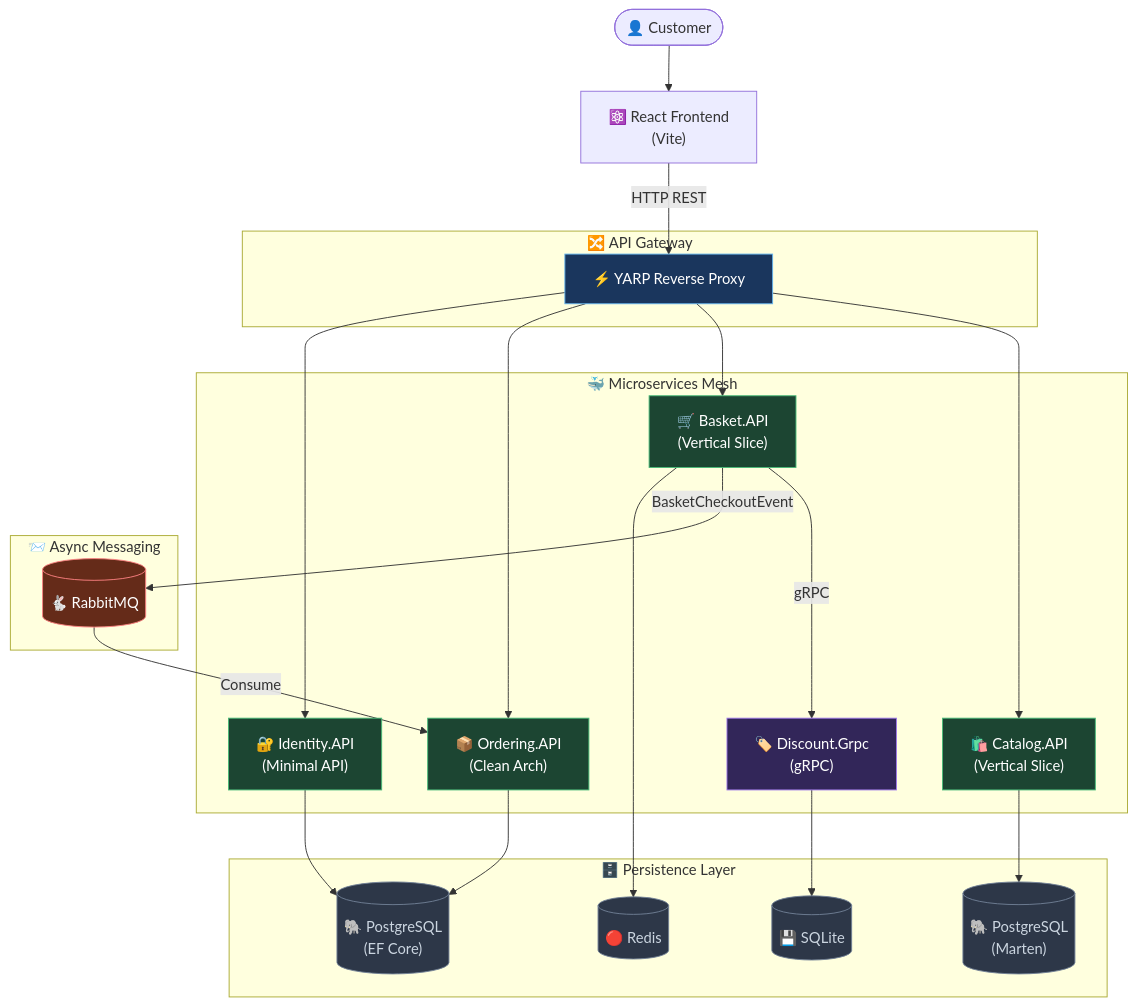
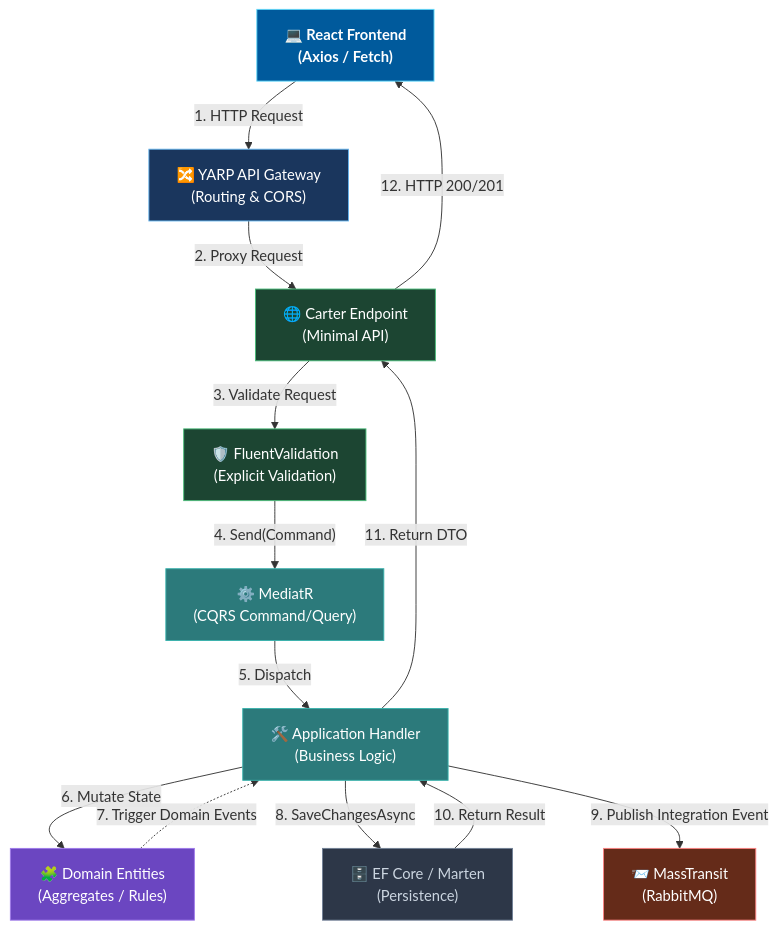
Before and after one commit to AhmedAbdo1612/ECommerce-DDD-Microservices: the diagram in README.md, drawn with Mermaid. The commit also changed other lines of this file, not shown here.

Commit message:
docs: add advanced architecture breakdown and diagrams

````diff
--- a/README.md
+++ b/README.md
@@ -63,54 +55,44 @@
 ```mermaid
-graph TB
-    User(["👤 Customer"])
-    WebApp["⚛️ React Frontend\n(Vite)"]
+graph TD
+    %% Define Nodes
+    Client["💻 React Frontend\n(Axios / Fetch)"]
+    Gateway["🔀 YARP API Gateway\n(Routing & CORS)"]
+    API["🌐 Carter Endpoint\n(Minimal API)"]
+    Val["🛡️ FluentValidation\n(Explicit Validation)"]
+    MediatR["⚙️ MediatR\n(CQRS Command/Query)"]
+    Handler["🛠️ Application Handler\n(Business Logic)"]
+    Domain["🧩 Domain Entities\n(Aggregates / Rules)"]
+    DB["🗄️ EF Core / Marten\n(Persistence)"]
+    MQ["📨 MassTransit\n(RabbitMQ)"]
 
-    subgraph Gateway["🔀 API Gateway"]
-        YARP["⚡ YARP Reverse Proxy"]
-    end
+    %% Connect Flow
+    Client -->|"1. HTTP Request"| Gateway
+    Gateway -->|"2. Proxy Request"| API
+    API -->|"3. Validate Request"| Val
+    Val -->|"4. Send(Command)"| MediatR
+    MediatR -->|"5. Dispatch"| Handler
+    Handler -->|"6. Mutate State"| Domain
+    Domain -.->|"7. Trigger Domain Events"| Handler
+    Handler -->|"8. SaveChangesAsync"| DB
+    Handler -->|"9. Publish Integration Event"| MQ
+    DB -->|"10. Return Result"| Handler
+    Handler -->|"11. Return DTO"| API
+    API -->|"12. HTTP 200/201"| Client
 
-    subgraph Services["🐳 Microservices Mesh"]
-        CatalogAPI["🛍️ Catalog.API\n(Vertical Slice)"]
-        BasketAPI["🛒 Basket.API\n(Vertical Slice)"]
-        OrderingAPI["📦 Ordering.API\n(Clean Arch)"]
-        IdentityAPI["🔐 Identity.API\n(Minimal API)"]
-        DiscountGrpc["🏷️ Discount.Grpc\n(gRPC)"]
-    end
+    %% Styling
+    classDef client fill:#005A9C,stroke:#61DAFB,color:#fff,font-weight:bold
+    classDef gateway fill:#1A365D,stroke:#63B3ED,color:#fff
+    classDef api fill:#1C4532,stroke:#48BB78,color:#fff
+    classDef logic fill:#2C7A7B,stroke:#38B2AC,color:#fff
+    classDef domain fill:#6B46C1,stroke:#9F7AEA,color:#fff
+    classDef infra fill:#2D3748,stroke:#718096,color:#CBD5E0
+    classDef mq fill:#652B19,stroke:#FC8181,color:#fff
 
-    subgraph Messaging["📨 Async Messaging"]
-        RabbitMQ[("🐇 RabbitMQ")]
-    end
-
-    subgraph Databases["🗄️ Persistence Layer"]
-        PG_Doc[("🐘 PostgreSQL\n(Marten)")]
-        PG_Rel[("🐘 PostgreSQL\n(EF Core)")]
-        Redis[("🔴 Redis")]
-        SQLite[("💾 SQLite")]
-    end
-
-    User --> WebApp
-    WebApp -->|"HTTP REST"| YARP
-    YARP --> CatalogAPI & BasketAPI & OrderingAPI & IdentityAPI
-    
-    BasketAPI -->|"gRPC"| DiscountGrpc
-    BasketAPI -->|"BasketCheckoutEvent"| RabbitMQ
-    RabbitMQ -->|"Consume"| OrderingAPI
-    
-    CatalogAPI --> PG_Doc
-    BasketAPI --> Redis
-    OrderingAPI --> PG_Rel
-    IdentityAPI --> PG_Rel
-    DiscountGrpc --> SQLite
-
-    classDef gateway fill:#1A365D,stroke:#63B3ED,color:#fff
-    classDef service fill:#1C4532,stroke:#48BB78,color:#fff
-    classDef grpc fill:#322659,stroke:#9F7AEA,color:#fff
-    classDef data fill:#2D3748,stroke:#718096,color:#CBD5E0
-    classDef mq fill:#652B19,stroke:#FC8181,color:#fff
-    
-    class YARP gateway
-    class CatalogAPI,BasketAPI,OrderingAPI,IdentityAPI service
-    class DiscountGrpc grpc
-    class PG_Doc,PG_Rel,Redis,SQLite data
-    class RabbitMQ mq
+    class Client client
+    class Gateway gateway
+    class API,Val api
+    class MediatR,Handler logic
+    class Domain domain
+    class DB infra
+    class MQ mq
 ```
````
